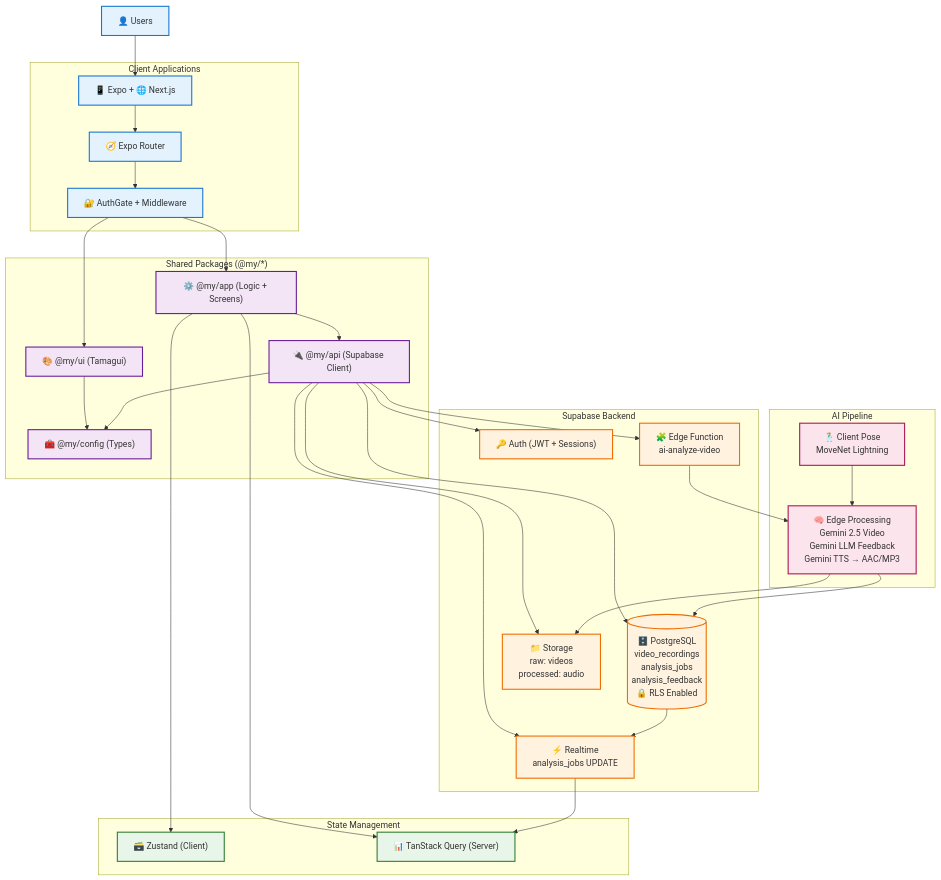
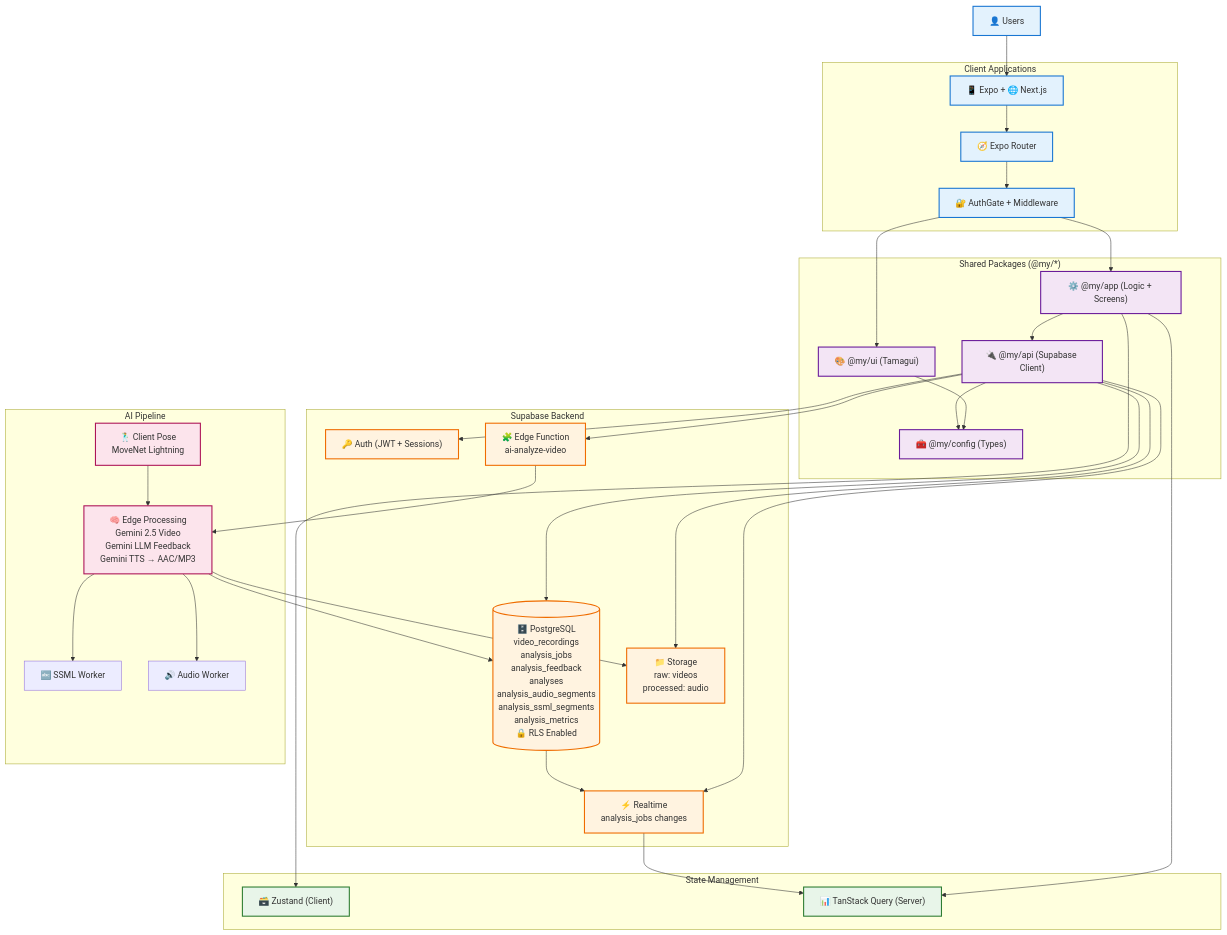
Before and after one commit to JohnSchweden/sololevel: the diagram in docs/spec/architecture.mermaid, drawn with Mermaid. The commit also changed 35 other files, not shown here.

```diff
--- a/docs/spec/architecture.mermaid
+++ b/docs/spec/architecture.mermaid
@@ -1,79 +1,87 @@
 graph TB
     User["👤 Users"]
 
     subgraph Client["Client Applications"]
         Apps["📱 Expo + 🌐 Next.js"]
         Router["🧭 Expo Router"]
         Auth["🔐 AuthGate + Middleware"]
     end
 
     subgraph Packages["Shared Packages (@my/*)"]
         UI["🎨 @my/ui (Tamagui)"]
         App["⚙️ @my/app (Logic + Screens)"]
         API["🔌 @my/api (Supabase Client)"]
         Config["🧰 @my/config (Types)"]
     end
 
     subgraph State["State Management"]
         Zustand["🗃️ Zustand (Client)"]
         TSQ["📊 TanStack Query (Server)"]
     end
 
     subgraph Backend["Supabase Backend"]
         AuthSvc["🔑 Auth (JWT + Sessions)"]
         DB[("🗄️ PostgreSQL
         video_recordings
         analysis_jobs
         analysis_feedback
+        analyses
+        analysis_audio_segments
+        analysis_ssml_segments
+        analysis_metrics
         🔒 RLS Enabled")]
         Storage["📁 Storage
         raw: videos
         processed: audio"]
         RT["⚡ Realtime
-        analysis_jobs UPDATE"]
+        analysis_jobs changes"]
         Edge["🧩 Edge Function
         ai-analyze-video"]
     end
 
     subgraph AI["AI Pipeline"]
         ClientPose["🕺 Client Pose
         MoveNet Lightning"]
         EdgeAI["🧠 Edge Processing
         Gemini 2.5 Video
         Gemini LLM Feedback
         Gemini TTS → AAC/MP3"]
+        SSMLW["🔤 SSML Worker"]
+        AudioW["🔊 Audio Worker"]
     end
 
     User --> Apps
     Apps --> Router
     Router --> Auth
     Auth --> UI
     Auth --> App
     App --> API
     App --> Zustand
     App --> TSQ
     UI --> Config
     API --> Config
     API --> AuthSvc
     API --> DB
     API --> Storage
     API --> RT
     API --> Edge
     ClientPose --> EdgeAI
     Edge --> EdgeAI
     EdgeAI --> Storage
     EdgeAI --> DB
+    EdgeAI --> SSMLW
+    EdgeAI --> AudioW
     DB --> RT
     RT --> TSQ
 
     classDef client fill:#e3f2fd,stroke:#1976d2,stroke-width:2px
     classDef shared fill:#f3e5f5,stroke:#6a1b9a,stroke-width:2px
     classDef state fill:#e8f5e9,stroke:#2e7d32,stroke-width:2px
     classDef backend fill:#fff3e0,stroke:#ef6c00,stroke-width:2px
     classDef ai fill:#fce4ec,stroke:#ad1457,stroke-width:2px
 
     class User,Apps,Router,Auth client
     class UI,App,API,Config shared
     class Zustand,TSQ state
     class AuthSvc,DB,Storage,RT,Edge backend
     class ClientPose,EdgeAI ai
```
